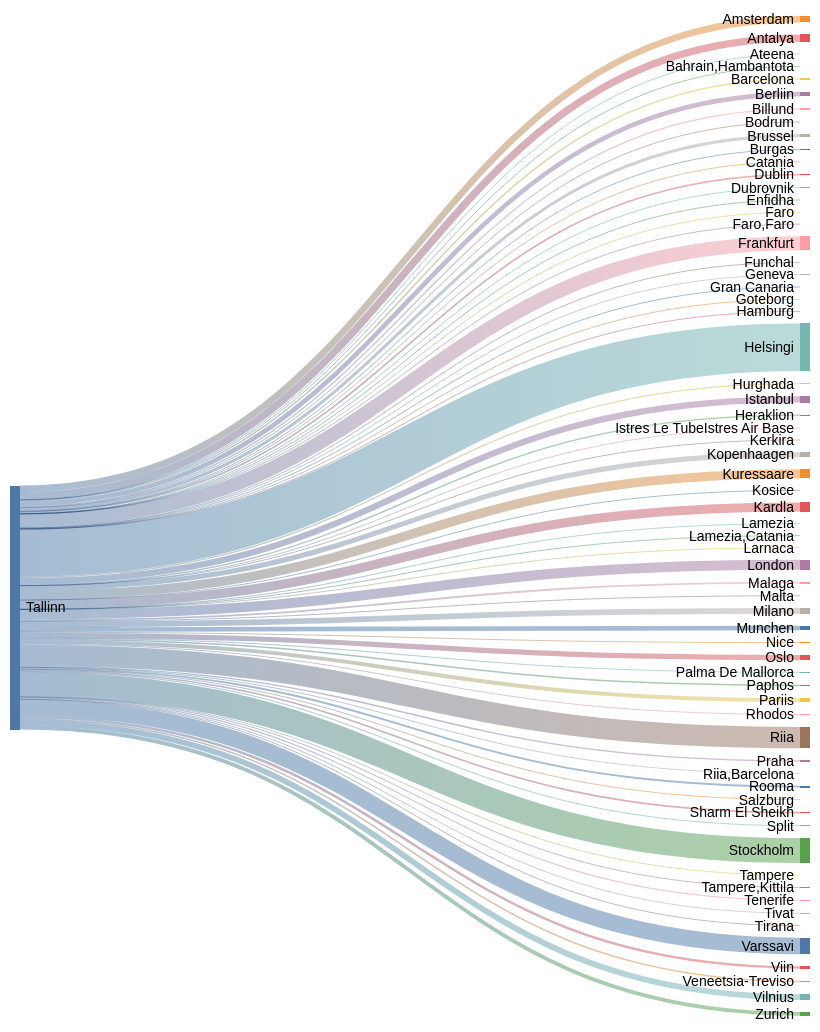
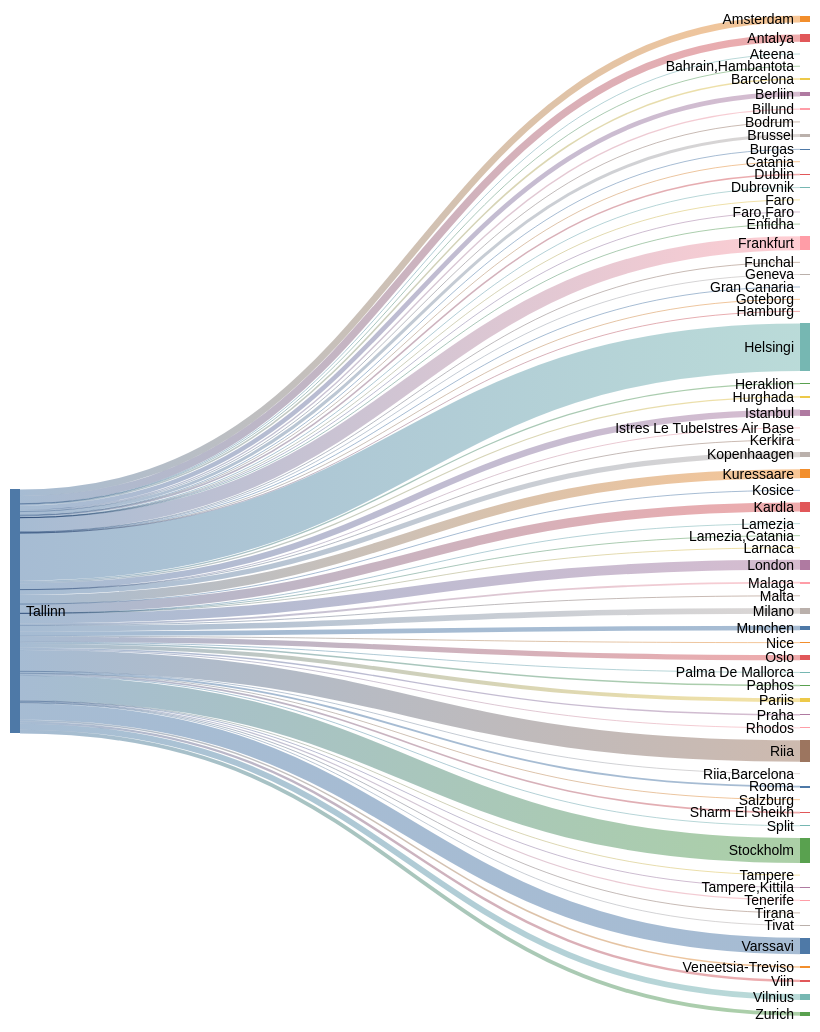
One commit to rainermesi/tll-airport-departures changed the second of 2 diagrams in README.md. Above: the diagram before and after it, drawn with Mermaid (forest theme). The commit also changed other lines of this file, not shown here.

````diff
--- a/README.md
+++ b/README.md
@@ -34,77 +34,77 @@
 ```mermaid
 ---
 config:
   sankey:
     showValues: false
     width: 800
     height: 1000
 ---
 sankey-beta
 %% source,target,value
-Tallinn,Amsterdam,236
+Tallinn,Amsterdam,238
 Tallinn,Antalya,266
 Tallinn,Ateena,16
 Tallinn,"Bahrain,Hambantota",1
 Tallinn,Barcelona,55
 Tallinn,Berliin,167
 Tallinn,Billund,49
 Tallinn,Bodrum,11
 Tallinn,Brussel,109
 Tallinn,Burgas,21
 Tallinn,Catania,2
 Tallinn,Dublin,56
 Tallinn,Dubrovnik,21
 Tallinn,Enfidha,7
 Tallinn,Faro,4
 Tallinn,"Faro,Faro",1
-Tallinn,Frankfurt,506
+Tallinn,Frankfurt,509
 Tallinn,Funchal,5
 Tallinn,Geneva,7
 Tallinn,Gran Canaria,27
 Tallinn,Goteborg,1
 Tallinn,Hamburg,1
-Tallinn,Helsingi,1713
+Tallinn,Helsingi,1722
 Tallinn,Heraklion,46
 Tallinn,Hurghada,43
-Tallinn,Istanbul,226
+Tallinn,Istanbul,227
 Tallinn,Istres Le TubeIstres Air Base,2
 Tallinn,Kerkira,4
-Tallinn,Kopenhaagen,184
+Tallinn,Kopenhaagen,185
 Tallinn,Kosice,1
-Tallinn,Kuressaare,331
-Tallinn,Kardla,331
+Tallinn,Kuressaare,333
+Tallinn,Kardla,333
 Tallinn,Lamezia,1
 Tallinn,"Lamezia,Catania",3
 Tallinn,Larnaca,4
-Tallinn,London,355
-Tallinn,Malaga,67
+Tallinn,London,357
+Tallinn,Malaga,68
 Tallinn,Malta,15
-Tallinn,Milano,204
+Tallinn,Milano,205
 Tallinn,Munchen,166
 Tallinn,Nice,25
 Tallinn,Oslo,187
 Tallinn,Palma De Mallorca,19
 Tallinn,Paphos,54
-Tallinn,Pariis,139
+Tallinn,Pariis,140
 Tallinn,Praha,49
 Tallinn,Rhodos,32
-Tallinn,Riia,766
+Tallinn,Riia,770
 Tallinn,"Riia,Barcelona",1
 Tallinn,Rooma,68
 Tallinn,Salzburg,8
 Tallinn,Sharm El Sheikh,59
 Tallinn,Split,25
-Tallinn,Stockholm,894
+Tallinn,Stockholm,896
 Tallinn,Tampere,17
 Tallinn,"Tampere,Kittila",10
 Tallinn,Tenerife,41
 Tallinn,Tirana,8
 Tallinn,Tivat,26
-Tallinn,Varssavi,591
+Tallinn,Varssavi,593
 Tallinn,Veneetsia-Treviso,55
 Tallinn,Viin,88
-Tallinn,Vilnius,208
-Tallinn,Zurich,138
+Tallinn,Vilnius,210
+Tallinn,Zurich,139
 
 
 ```
````
